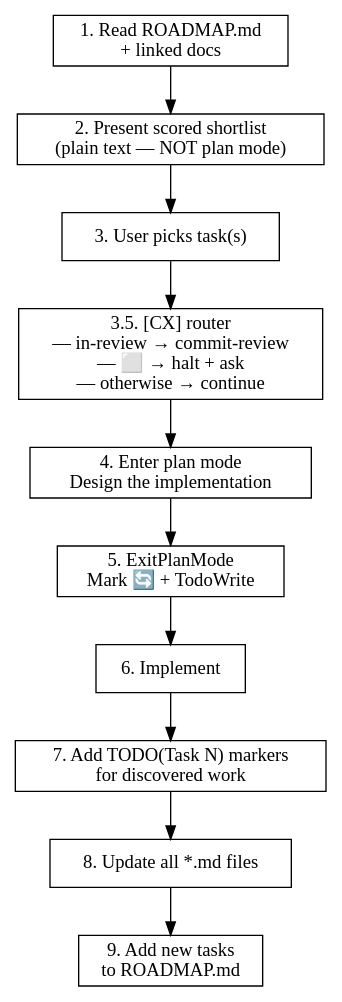
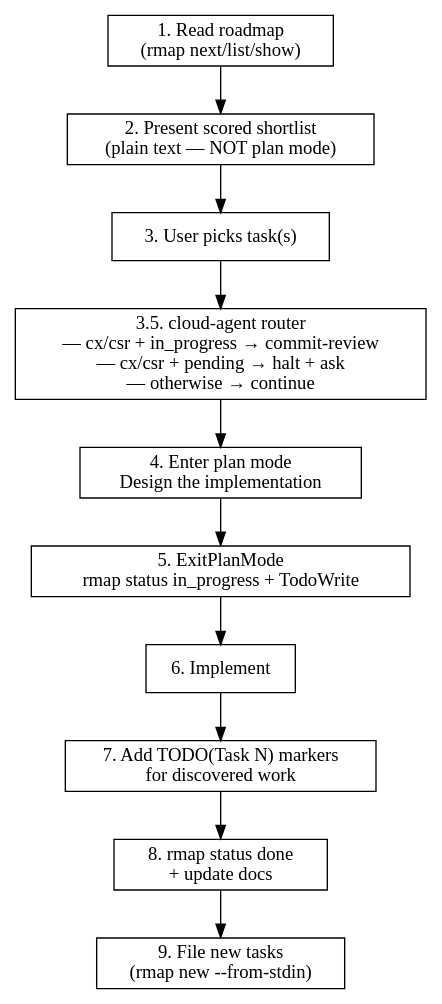
Before and after one commit to ZenHive/claude-marketplace-elixir: the second of 2 diagrams in plugins/task-driver/skills/task-driver/SKILL.md, drawn with Graphviz. The commit also changed other lines of this file and 21 other files, not shown here.

Commit message:
Make rmap the standard roadmap substrate; migrate ROADMAP.md → roadmap/tasks.toml

````diff
--- a/plugins/task-driver/skills/task-driver/SKILL.md
+++ b/plugins/task-driver/skills/task-driver/SKILL.md
@@ -168,19 +183,19 @@
 ```dot
 digraph task_driver {
   rankdir=TB;
   node [shape=box];
 
-  read     [label="1. Read ROADMAP.md\n+ linked docs"];
+  read     [label="1. Read roadmap\n(rmap next/list/show)"];
   shortlist[label="2. Present scored shortlist\n(plain text — NOT plan mode)"];
   select   [label="3. User picks task(s)"];
-  route    [label="3.5. [CX] router\n— in-review → commit-review\n— ⬜ → halt + ask\n— otherwise → continue"];
+  route    [label="3.5. cloud-agent router\n— cx/csr + in_progress → commit-review\n— cx/csr + pending → halt + ask\n— otherwise → continue"];
   plan     [label="4. Enter plan mode\nDesign the implementation"];
-  exit     [label="5. ExitPlanMode\nMark 🔄 + TodoWrite"];
+  exit     [label="5. ExitPlanMode\nrmap status in_progress + TodoWrite"];
   implement[label="6. Implement"];
   todos    [label="7. Add TODO(Task N) markers\nfor discovered work"];
-  docs     [label="8. Update all *.md files"];
-  discover [label="9. Add new tasks\nto ROADMAP.md"];
+  docs     [label="8. rmap status done\n+ update docs"];
+  discover [label="9. File new tasks\n(rmap new --from-stdin)"];
 
   read -> shortlist -> select -> route -> plan -> exit -> implement -> todos -> docs -> discover;
 }
 ```
````
